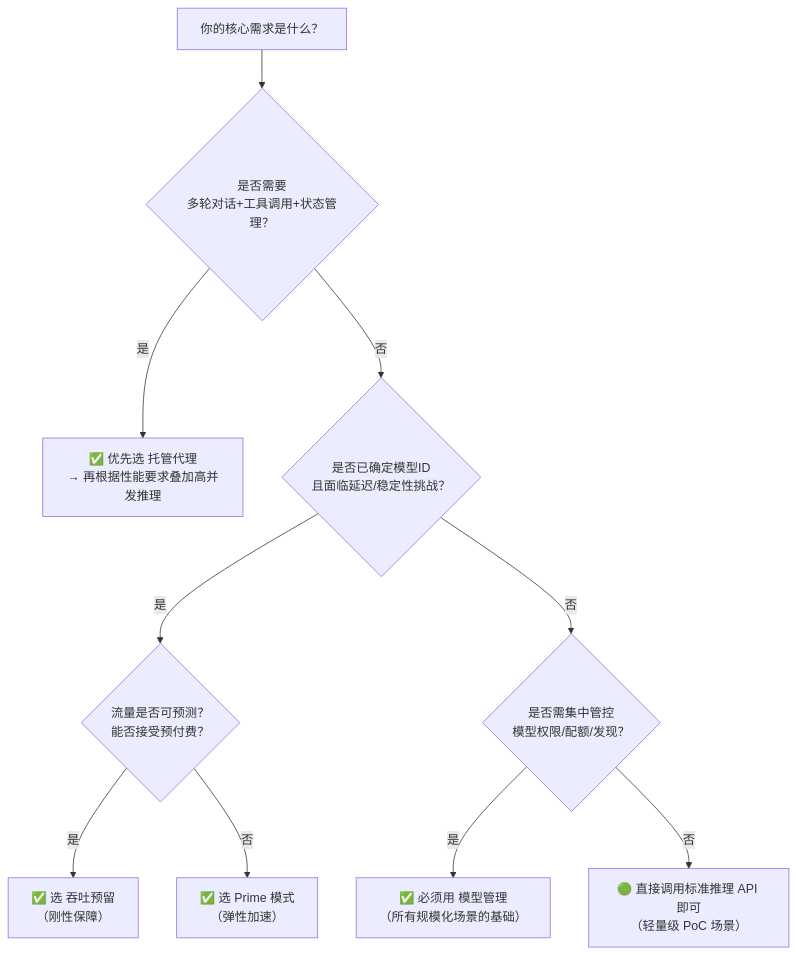
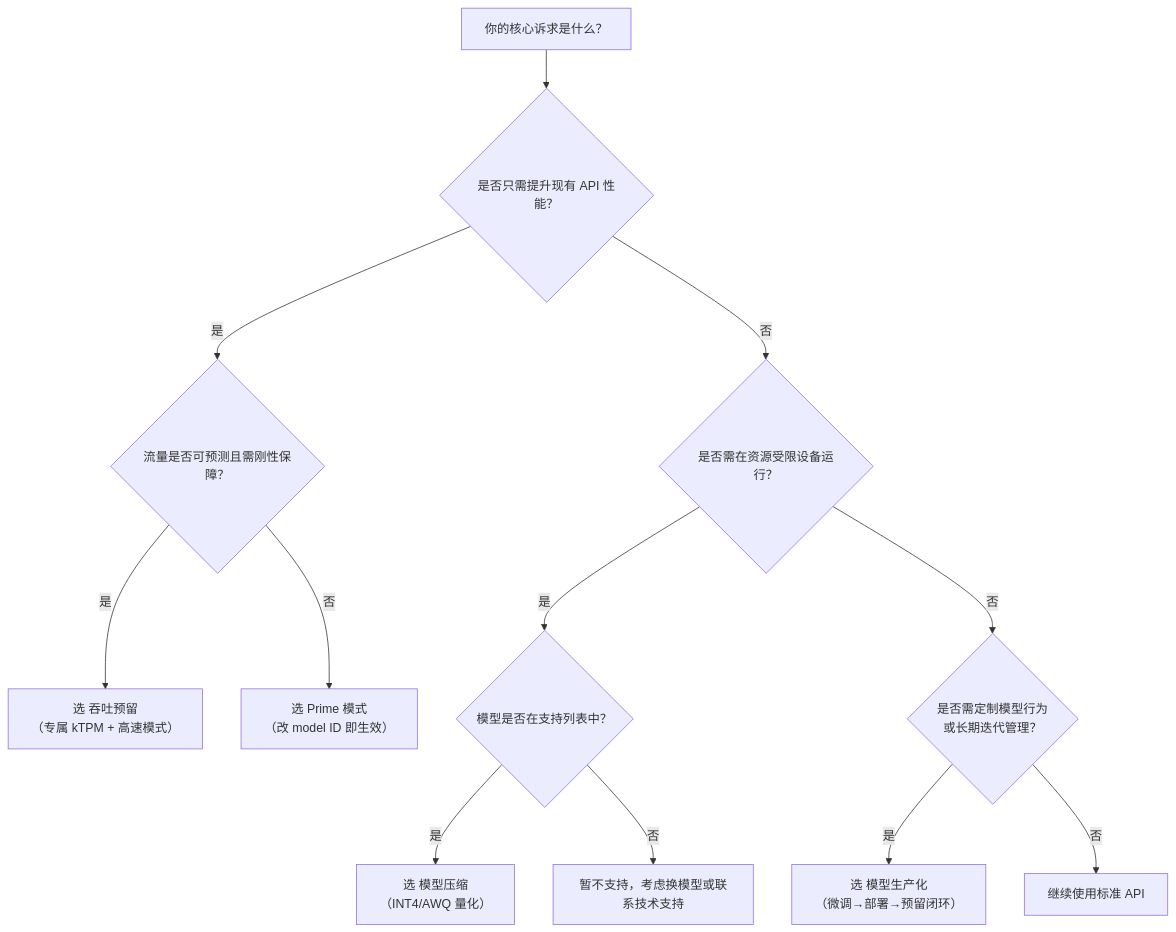
The diagram in skills/bailian-docs-llm-wiki/wiki/comparisons/model-deployment-options.md (modelstudioai/skills), drawn with Mermaid before and after one commit. The commit also changed other lines of this file and 165 other files, not shown here.

````diff
--- a/skills/bailian-docs-llm-wiki/wiki/comparisons/model-deployment-options.md
+++ b/skills/bailian-docs-llm-wiki/wiki/comparisons/model-deployment-options.md
@@ -41,12 +45,14 @@
 ```mermaid
 graph TD
-    A[你的核心需求是什么？] --> B{是否需要<br>多轮对话+工具调用+状态管理？}
-    B -->|是| C[✅ 优先选 托管代理<br>→ 再根据性能要求叠加高并发推理]
-    B -->|否| D{是否已确定模型ID<br>且面临延迟/稳定性挑战？}
-    D -->|是| E{流量是否可预测？<br>能否接受预付费？}
-    E -->|是| F[✅ 选 吞吐预留<br>（刚性保障）]
-    E -->|否| G[✅ 选 Prime 模式<br>（弹性加速）]
-    D -->|否| H{是否需集中管控<br>模型权限/配额/发现？}
-    H -->|是| I[✅ 必须用 模型管理<br>（所有规模化场景的基础）]
-    H -->|否| J[🟢 直接调用标准推理 API 即可<br>（轻量级 PoC 场景）]
+    A[你的核心诉求是什么？] --> B{是否只需提升现有 API 性能？}
+    B -->|是| C{流量是否可预测且需刚性保障？}
+    C -->|是| D[选 吞吐预留<br>（专属 kTPM + 高速模式）]
+    C -->|否| E[选 Prime 模式<br>（改 model ID 即生效）]
+    B -->|否| F{是否需在资源受限设备运行？}
+    F -->|是| G{模型是否在支持列表中？}
+    G -->|是| H[选 模型压缩<br>（INT4/AWQ 量化）]
+    G -->|否| I[暂不支持，考虑换模型或联系技术支持]
+    F -->|否| J{是否需定制模型行为<br>或长期迭代管理？}
+    J -->|是| K[选 模型生产化<br>（微调→部署→预留闭环）]
+    J -->|否| L[继续使用标准 API]
 ```
````
